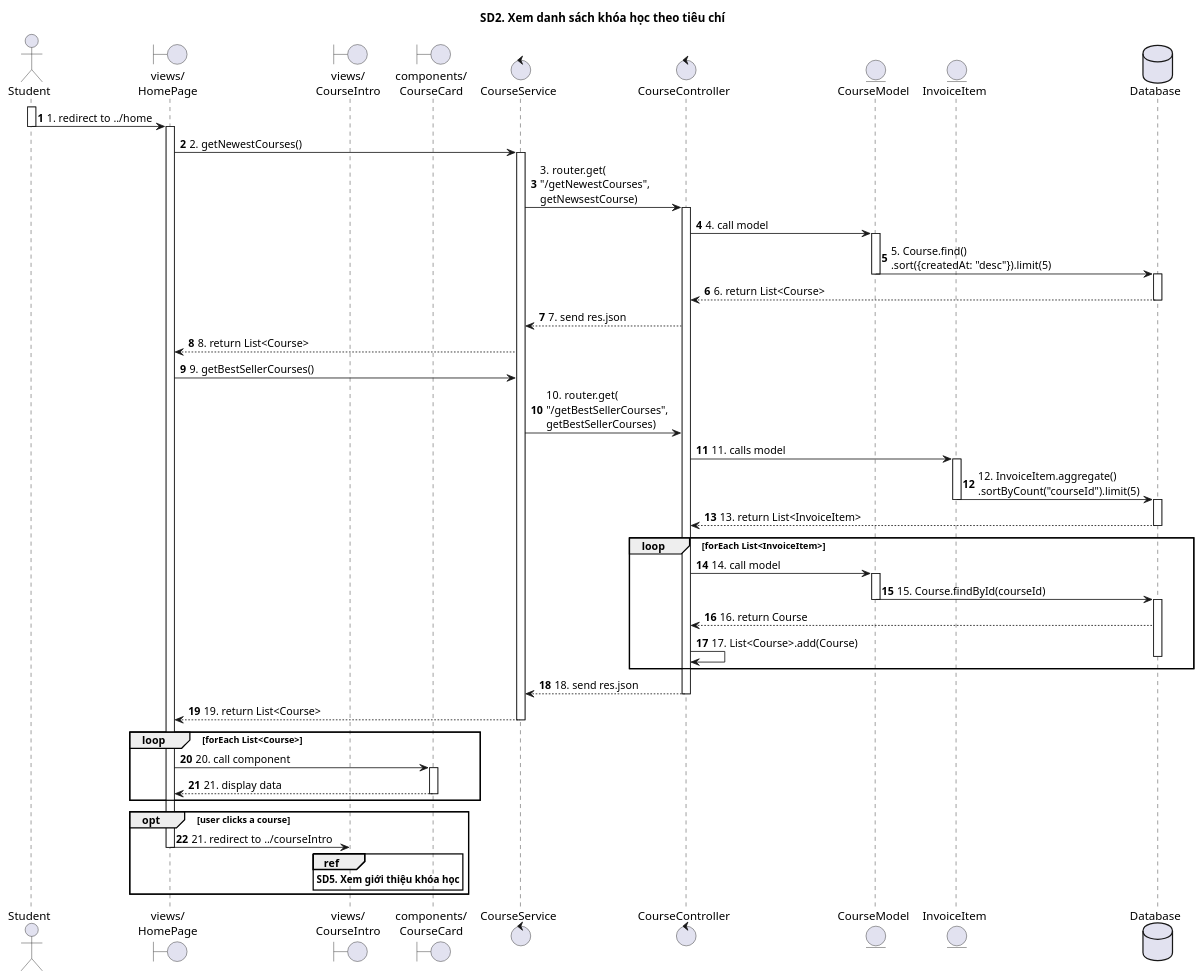
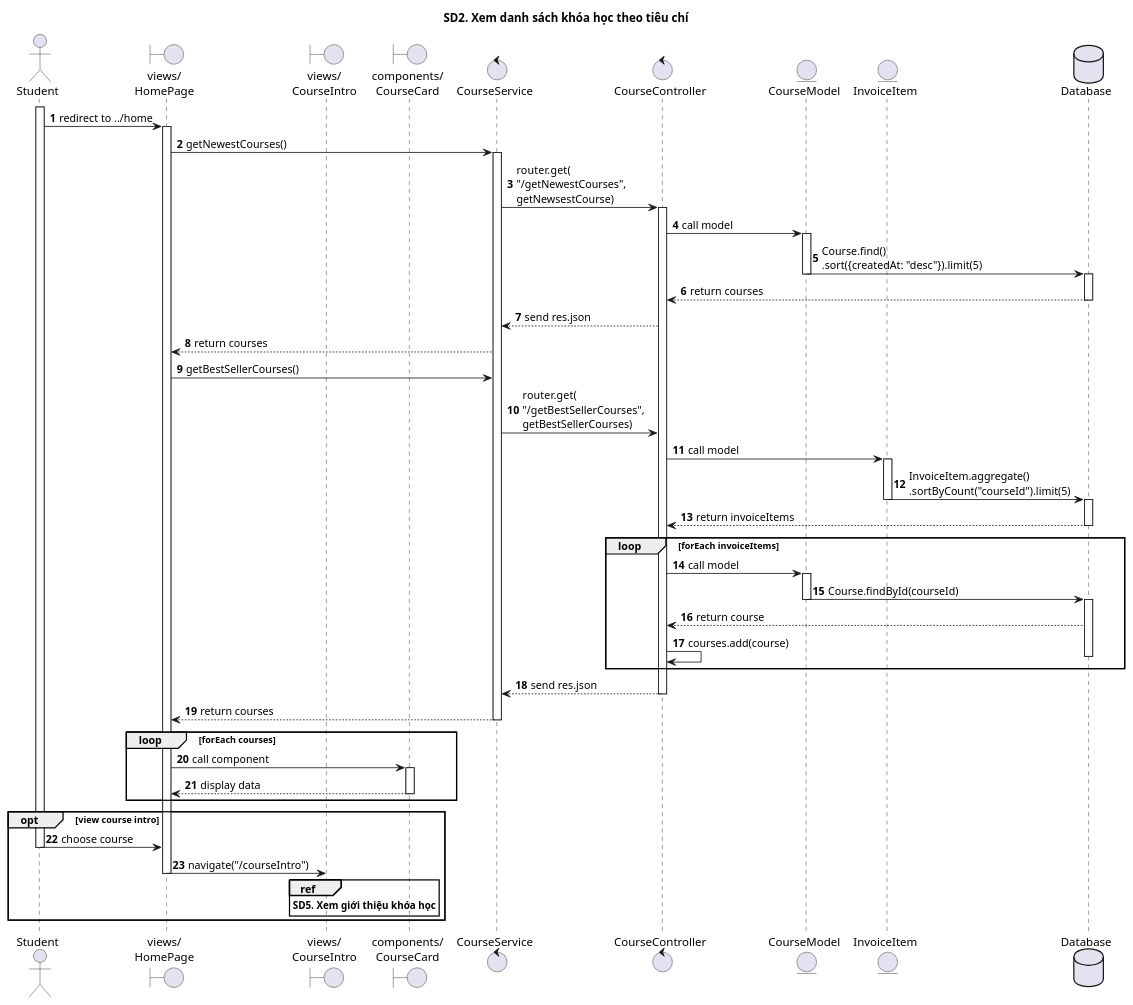
Before and after one commit to The-Cookies-Team/UML-Diagrams: the diagram in SequenceDiagrams/CNPMHDT/sd2.puml, drawn with PlantUML. The commit also changed 5 other files, not shown here.

```diff
--- a/SequenceDiagrams/CNPMHDT/sd2.puml
+++ b/SequenceDiagrams/CNPMHDT/sd2.puml
@@ -1,88 +1,90 @@
 @startuml SQ
 
 autonumber
 
 title SD2. Xem danh sách khóa học theo tiêu chí
 
 actor "Student" as Actor
 boundary "views/\nHomePage" as HomePage
 boundary "views/\nCourseIntro" as CourseIntro
 boundary "components/\nCourseCard" as CourseCard
 control "CourseService"
 control "CourseController"
 entity "CourseModel"
 entity "InvoiceItem"
 database "Database"
 
 activate Actor
-Actor -> HomePage: 1. redirect to ../home
-deactivate Actor
+Actor -> HomePage: redirect to ../home
 
 activate HomePage
-HomePage -> CourseService: 2. getNewestCourses()
+HomePage -> CourseService: getNewestCourses()
 
 activate CourseService
-CourseService -> CourseController: 3. router.get(\n"/getNewestCourses",\ngetNewsestCourse)
+CourseService -> CourseController: router.get(\n"/getNewestCourses",\ngetNewsestCourse)
 
 activate CourseController
-CourseController -> CourseModel: 4. call model
+CourseController -> CourseModel: call model
 
 activate CourseModel
-CourseModel -> Database: 5. Course.find()\n.sort({createdAt: "desc"}).limit(5)
+CourseModel -> Database: Course.find()\n.sort({createdAt: "desc"}).limit(5)
 deactivate CourseModel
 
 activate Database
-Database --> CourseController: 6. return List<Course>
+Database --> CourseController: return courses
 deactivate Database
 
-CourseController --> CourseService: 7. send res.json
-CourseService --> HomePage: 8. return List<Course>
-HomePage -> CourseService: 9. getBestSellerCourses()
-CourseService -> CourseController: 10. router.get(\n"/getBestSellerCourses",\ngetBestSellerCourses)
-CourseController -> InvoiceItem: 11. calls model
+CourseController --> CourseService: send res.json
+CourseService --> HomePage: return courses
+HomePage -> CourseService: getBestSellerCourses()
+CourseService -> CourseController: router.get(\n"/getBestSellerCourses",\ngetBestSellerCourses)
+CourseController -> InvoiceItem: call model
 
 activate InvoiceItem
-InvoiceItem -> Database: 12. InvoiceItem.aggregate()\n.sortByCount("courseId").limit(5)
+InvoiceItem -> Database: InvoiceItem.aggregate()\n.sortByCount("courseId").limit(5)
 deactivate InvoiceItem
 
 activate Database
-Database --> CourseController: 13. return List<InvoiceItem>
+Database --> CourseController: return invoiceItems
 deactivate Database
 
-loop forEach List<InvoiceItem>
-CourseController -> CourseModel: 14. call model
+loop forEach invoiceItems
+CourseController -> CourseModel: call model
 
 activate CourseModel
-CourseModel -> Database: 15. Course.findById(courseId)
+CourseModel -> Database: Course.findById(courseId)
 deactivate CourseModel
 
 activate Database
-Database --> CourseController: 16. return Course
-CourseController -> CourseController: 17. List<Course>.add(Course)
+Database --> CourseController: return course
+CourseController -> CourseController: courses.add(course)
 deactivate Database
 
 end
 
-CourseController --> CourseService: 18. send res.json
+CourseController --> CourseService: send res.json
 deactivate CourseController
-CourseService --> HomePage: 19. return List<Course>
+CourseService --> HomePage: return courses
 deactivate CourseService
 
-loop forEach List<Course>
-HomePage -> CourseCard: 20. call component
+loop forEach courses
+HomePage -> CourseCard: call component
 activate CourseCard
-CourseCard --> HomePage: 21. display data
+CourseCard --> HomePage: display data
 deactivate CourseCard
 end
 
-opt user clicks a course
-HomePage -> CourseIntro: 21. redirect to ../courseIntro
+opt view course intro
+Actor -> HomePage: choose course
+deactivate Actor
+
+HomePage -> CourseIntro: navigate("/courseIntro")
 deactivate HomePage
 
 ref over CourseIntro
 **SD5. Xem giới thiệu khóa học**
 end ref
 end
 
 
 @enduml
```
